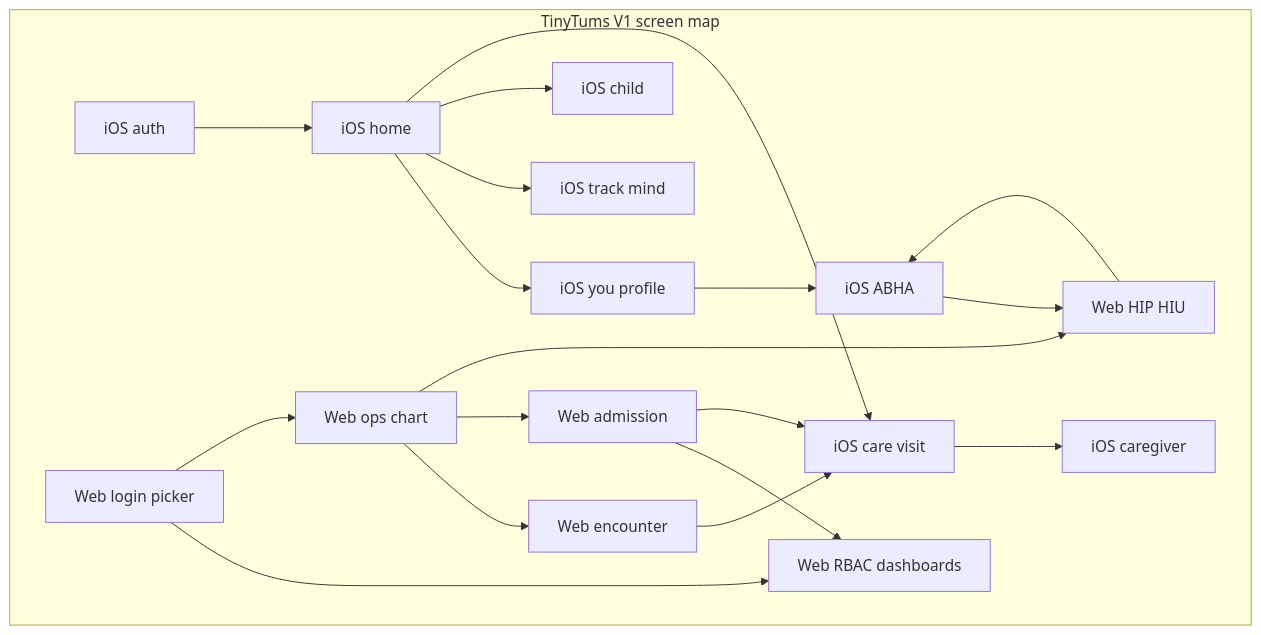
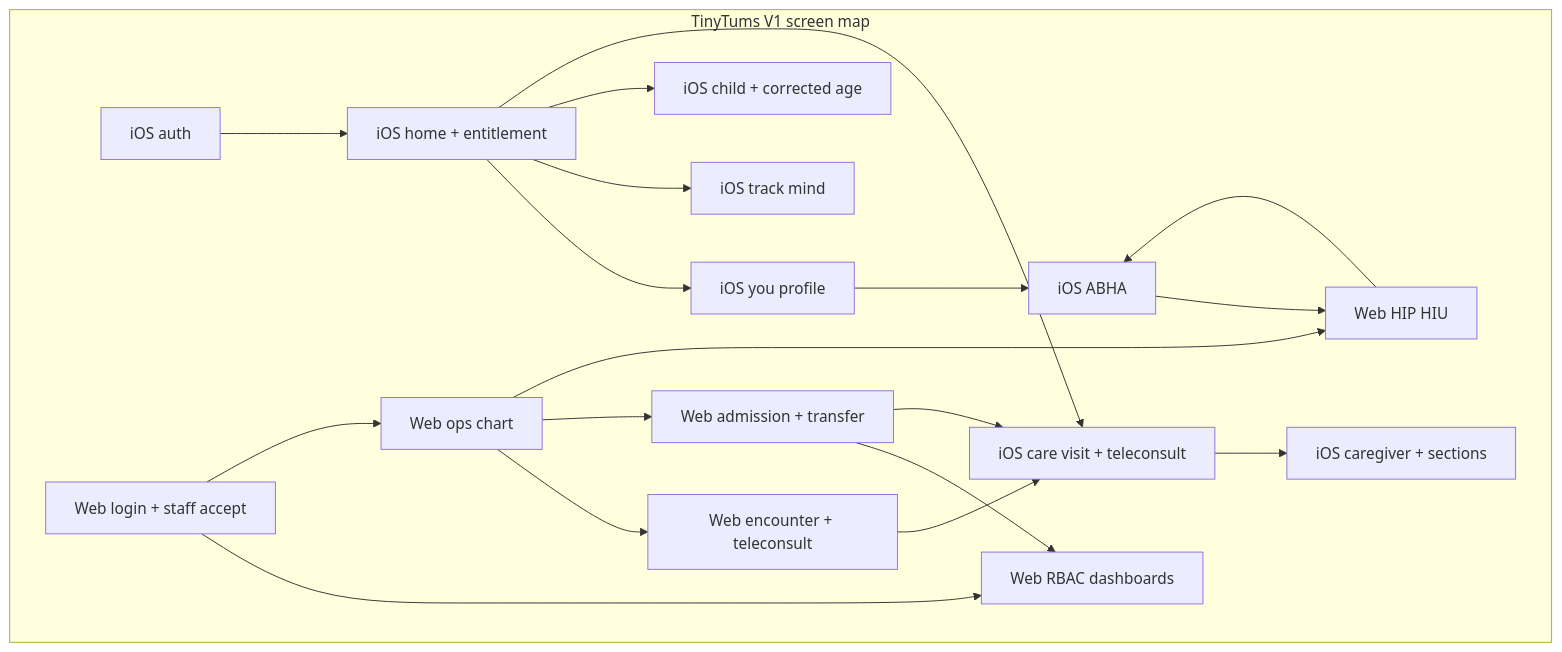
The diagram in penpot/flows/tinytums-v1-ui-overview.mmd (ShindeNayan17/tinytums), drawn with Mermaid before and after one commit. The commit also changed 5 other files, not shown here.

```diff
--- a/penpot/flows/tinytums-v1-ui-overview.mmd
+++ b/penpot/flows/tinytums-v1-ui-overview.mmd
@@ -1,34 +1,34 @@
 flowchart TB
   subgraph index [TinyTums V1 screen map]
     iosAuth[iOS auth]
-    iosHome[iOS home]
+    iosHome[iOS home + entitlement]
     iosYou[iOS you profile]
     iosTrack[iOS track mind]
-    iosChild[iOS child]
-    iosCare[iOS care visit]
-    iosCg[iOS caregiver]
+    iosChild[iOS child + corrected age]
+    iosCare[iOS care visit + teleconsult]
+    iosCg[iOS caregiver + sections]
     iosAbha[iOS ABHA]
-    webAuth[Web login picker]
+    webAuth[Web login + staff accept]
     webOps[Web ops chart]
-    webEnc[Web encounter]
-    webAdmit[Web admission]
+    webEnc[Web encounter + teleconsult]
+    webAdmit[Web admission + transfer]
     webRbac[Web RBAC dashboards]
     webAbdm[Web HIP HIU]
   end
   iosAuth --> iosHome
   iosHome --> iosYou
   iosHome --> iosTrack
   iosHome --> iosChild
   iosHome --> iosCare
   iosYou --> iosAbha
   iosCare --> iosCg
   webAuth --> webRbac
   webAuth --> webOps
   webOps --> webEnc
   webOps --> webAdmit
   webAdmit --> webRbac
   webEnc --> iosCare
   webAdmit --> iosCare
   webOps --> webAbdm
   iosAbha --> webAbdm
   webAbdm --> iosAbha
```
